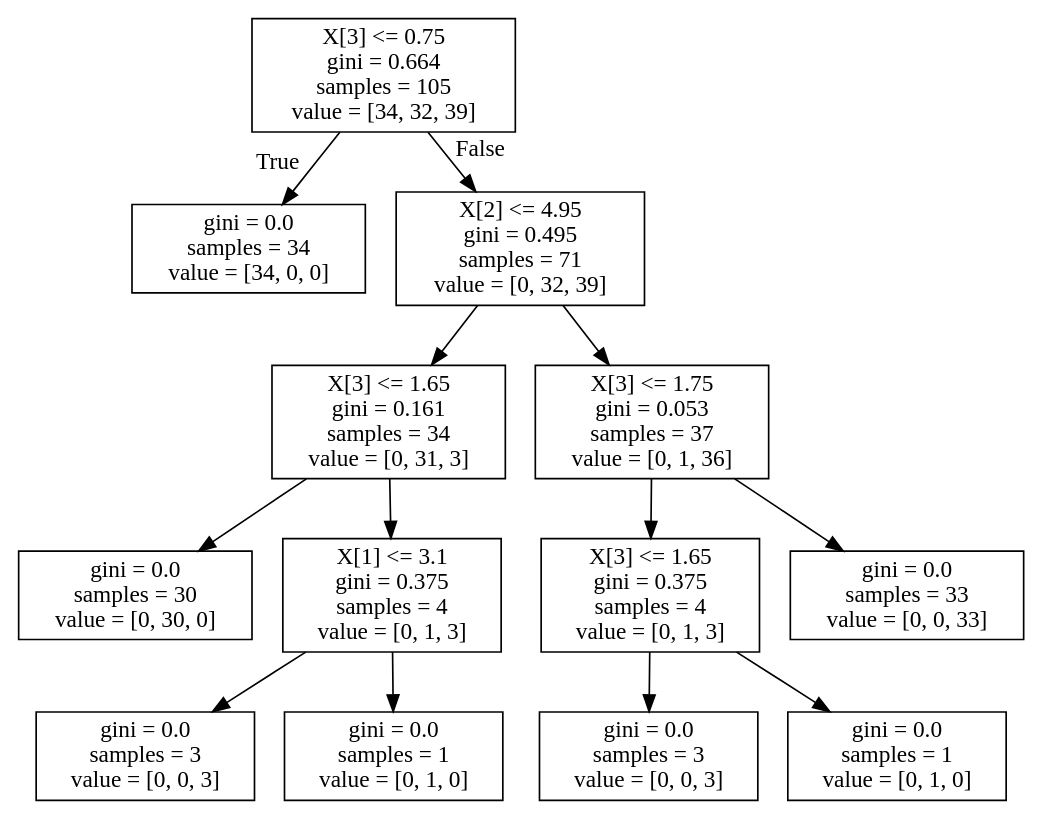
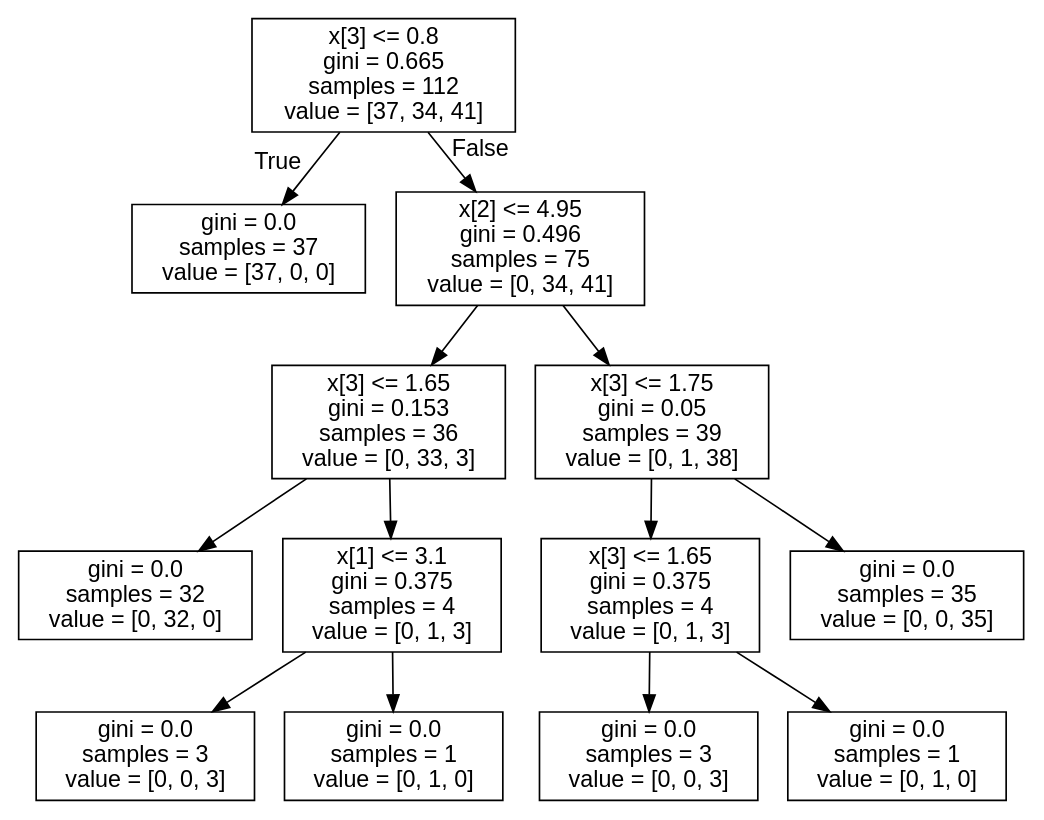
Before and after one commit to ubergonmx/stintsy-data: the diagram in n8/tree.dot, drawn with Graphviz. The commit also changed 1 other file, not shown here.

```diff
--- a/n8/tree.dot
+++ b/n8/tree.dot
@@ -1,28 +1,29 @@
 digraph Tree {
-node [shape=box] ;
-0 [label="X[3] <= 0.75\ngini = 0.664\nsamples = 105\nvalue = [34, 32, 39]"] ;
-1 [label="gini = 0.0\nsamples = 34\nvalue = [34, 0, 0]"] ;
+node [shape=box, fontname="helvetica"] ;
+edge [fontname="helvetica"] ;
+0 [label="x[3] <= 0.8\ngini = 0.665\nsamples = 112\nvalue = [37, 34, 41]"] ;
+1 [label="gini = 0.0\nsamples = 37\nvalue = [37, 0, 0]"] ;
 0 -> 1 [labeldistance=2.5, labelangle=45, headlabel="True"] ;
-2 [label="X[2] <= 4.95\ngini = 0.495\nsamples = 71\nvalue = [0, 32, 39]"] ;
+2 [label="x[2] <= 4.95\ngini = 0.496\nsamples = 75\nvalue = [0, 34, 41]"] ;
 0 -> 2 [labeldistance=2.5, labelangle=-45, headlabel="False"] ;
-3 [label="X[3] <= 1.65\ngini = 0.161\nsamples = 34\nvalue = [0, 31, 3]"] ;
+3 [label="x[3] <= 1.65\ngini = 0.153\nsamples = 36\nvalue = [0, 33, 3]"] ;
 2 -> 3 ;
-4 [label="gini = 0.0\nsamples = 30\nvalue = [0, 30, 0]"] ;
+4 [label="gini = 0.0\nsamples = 32\nvalue = [0, 32, 0]"] ;
 3 -> 4 ;
-5 [label="X[1] <= 3.1\ngini = 0.375\nsamples = 4\nvalue = [0, 1, 3]"] ;
+5 [label="x[1] <= 3.1\ngini = 0.375\nsamples = 4\nvalue = [0, 1, 3]"] ;
 3 -> 5 ;
 6 [label="gini = 0.0\nsamples = 3\nvalue = [0, 0, 3]"] ;
 5 -> 6 ;
 7 [label="gini = 0.0\nsamples = 1\nvalue = [0, 1, 0]"] ;
 5 -> 7 ;
-8 [label="X[3] <= 1.75\ngini = 0.053\nsamples = 37\nvalue = [0, 1, 36]"] ;
+8 [label="x[3] <= 1.75\ngini = 0.05\nsamples = 39\nvalue = [0, 1, 38]"] ;
 2 -> 8 ;
-9 [label="X[3] <= 1.65\ngini = 0.375\nsamples = 4\nvalue = [0, 1, 3]"] ;
+9 [label="x[3] <= 1.65\ngini = 0.375\nsamples = 4\nvalue = [0, 1, 3]"] ;
 8 -> 9 ;
 10 [label="gini = 0.0\nsamples = 3\nvalue = [0, 0, 3]"] ;
 9 -> 10 ;
 11 [label="gini = 0.0\nsamples = 1\nvalue = [0, 1, 0]"] ;
 9 -> 11 ;
-12 [label="gini = 0.0\nsamples = 33\nvalue = [0, 0, 33]"] ;
+12 [label="gini = 0.0\nsamples = 35\nvalue = [0, 0, 35]"] ;
 8 -> 12 ;
 }
```
